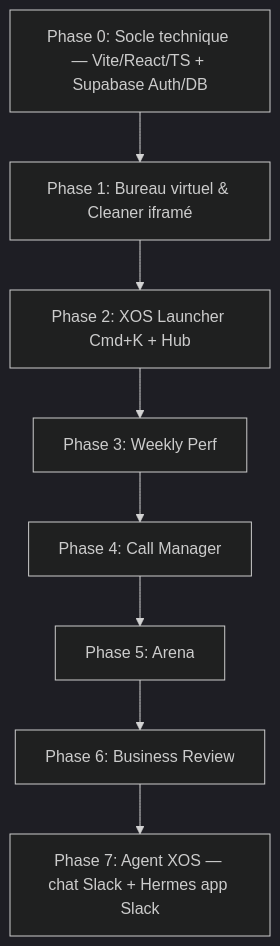
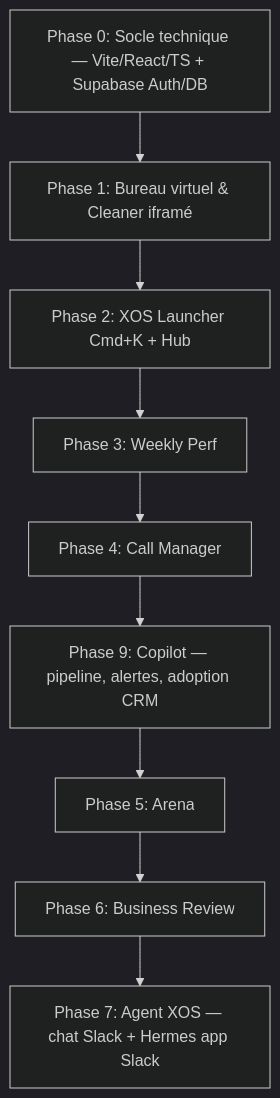
The diagram in docs/xos_portal_plan.md (Theo-Savoy/xos-dechet-dashboard), drawn with Mermaid (dark theme) before and after one commit. The commit also changed other lines of this file and 2 other files, not shown here.

Commit message:
docs: sync plan statuses (Hub/perf/OAuth SF) + add Phase 9 Copilot (plan, spec, priority before Arena)

````diff
--- a/docs/xos_portal_plan.md
+++ b/docs/xos_portal_plan.md
@@ -185,10 +194,11 @@
 ```mermaid
 graph TD
     Z[Phase 0: Socle technique — Vite/React/TS + Supabase Auth/DB] --> A[Phase 1: Bureau virtuel & Cleaner iframé]
     A --> B[Phase 2: XOS Launcher Cmd+K + Hub]
     B --> C[Phase 3: Weekly Perf]
     C --> D[Phase 4: Call Manager]
-    D --> E[Phase 5: Arena]
+    D --> H[Phase 9: Copilot — pipeline, alertes, adoption CRM]
+    H --> E[Phase 5: Arena]
     E --> F[Phase 6: Business Review]
     F --> G[Phase 7: Agent XOS — chat Slack + Hermes app Slack]
 ```
````
